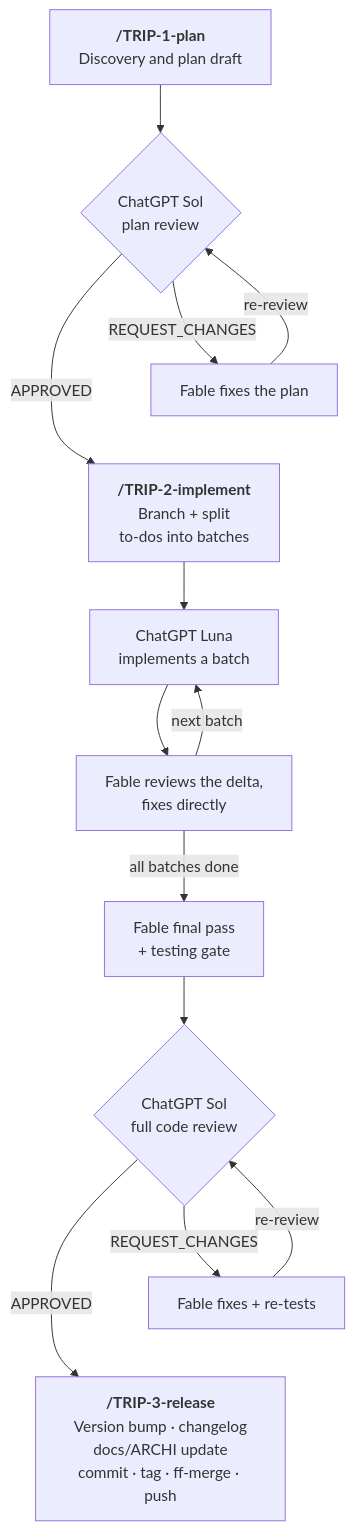
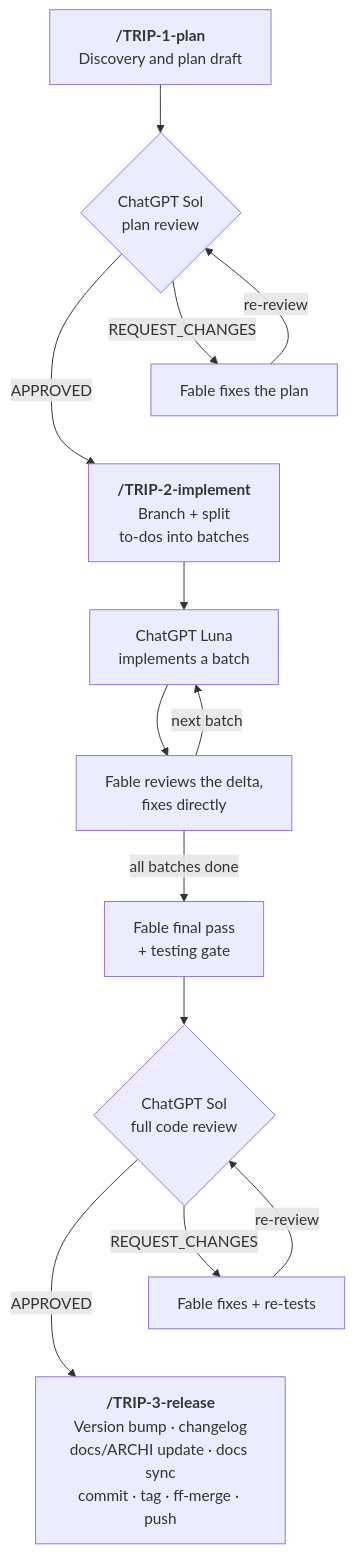
Before and after one commit to PiLastDigit/TRIP-workflow: the diagram in README.md, drawn with Mermaid. The commit also changed other lines of this file, not shown here.

Commit message:
release: v2.5.0 — Documentation Sync release step + portable project-week formula

````diff
--- a/README.md
+++ b/README.md
@@ -144,17 +144,17 @@
 ```mermaid
 flowchart TD
     A["<b>/TRIP-1-plan</b><br/>Discovery and plan draft"] --> B{"ChatGPT Sol<br/>plan review"}
     B -->|"REQUEST_CHANGES"| Bf["Fable fixes the plan"]
     Bf -->|"re-review"| B
     B -->|"APPROVED"| D["<b>/TRIP-2-implement</b><br/>Branch + split<br/>to-dos into batches"]
     Bf ~~~ D
     D --> E["ChatGPT Luna<br/>implements a batch"]
     E --> F["Fable reviews the delta,<br/>fixes directly"]
     F -->|"next batch"| E
     F -->|"all batches done"| G["Fable final pass<br/>+ testing gate"]
     G --> H{"ChatGPT Sol<br/>full code review"}
     H -->|"REQUEST_CHANGES"| Hf["Fable fixes + re-tests"]
     Hf -->|"re-review"| H
-    H -->|"APPROVED"| K["<b>/TRIP-3-release</b><br/>Version bump · changelog<br/>docs/ARCHI update<br/>commit · tag · ff-merge · push"]
+    H -->|"APPROVED"| K["<b>/TRIP-3-release</b><br/>Version bump · changelog<br/>docs/ARCHI update · docs sync<br/>commit · tag · ff-merge · push"]
     Hf ~~~ K
 ```
````
